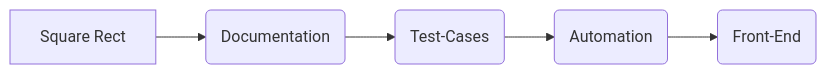
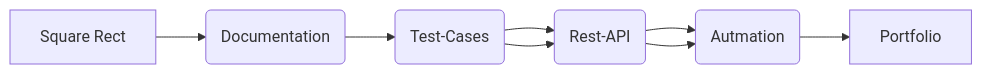
The diagram in README.md (N-Uladzislau/Portfolio_Project), drawn with Mermaid before and after one commit.

````diff
--- a/README.md
+++ b/README.md
@@ -2,6 +2,7 @@
 ```mermaid
 graph LR
 A[Square Rect] --> B(Documentation) --> C(Test-Cases)
-C --> D(Automation) --> F(Front-End)
+C --> D(Front-end) --> E(Automation)
+C --> D(Rest-API) --> E(Autmation) --> F[Portfolio]
 
 ```
````
